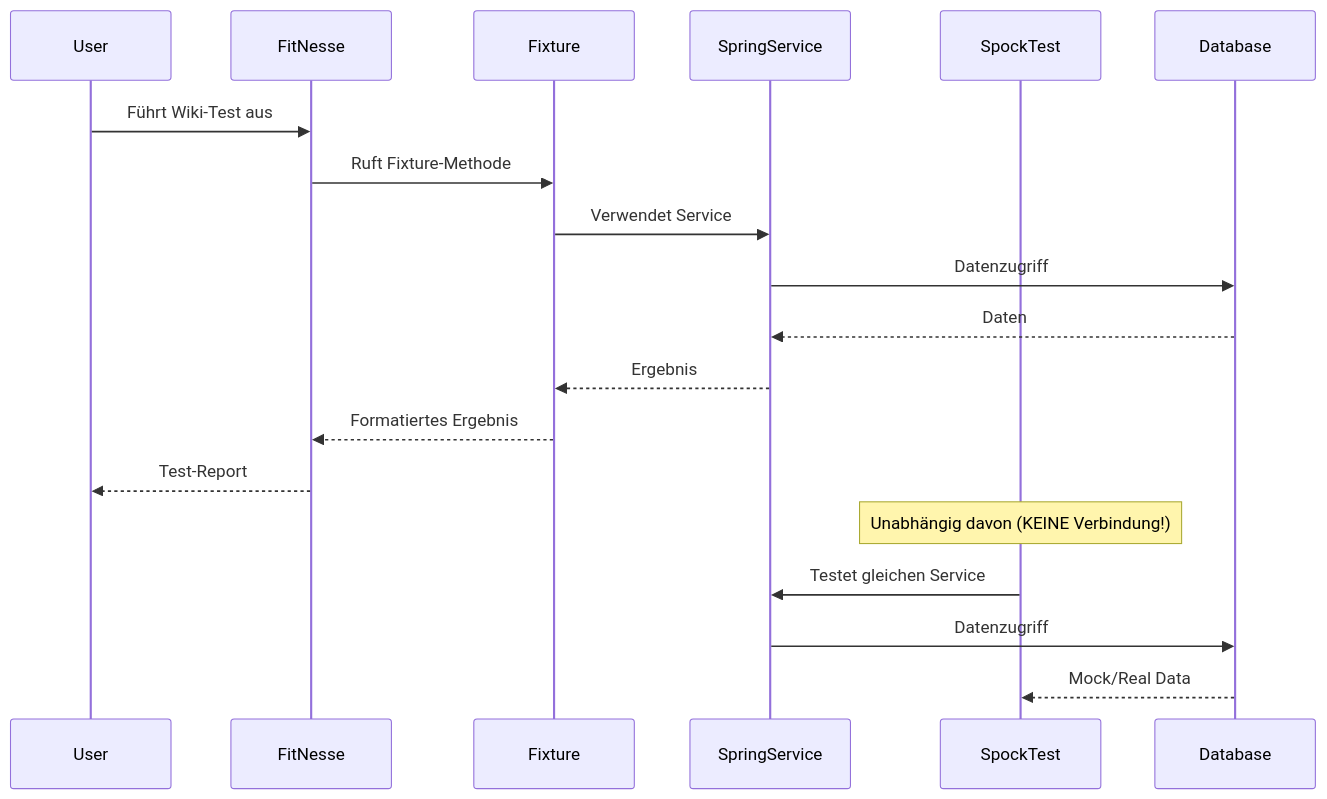
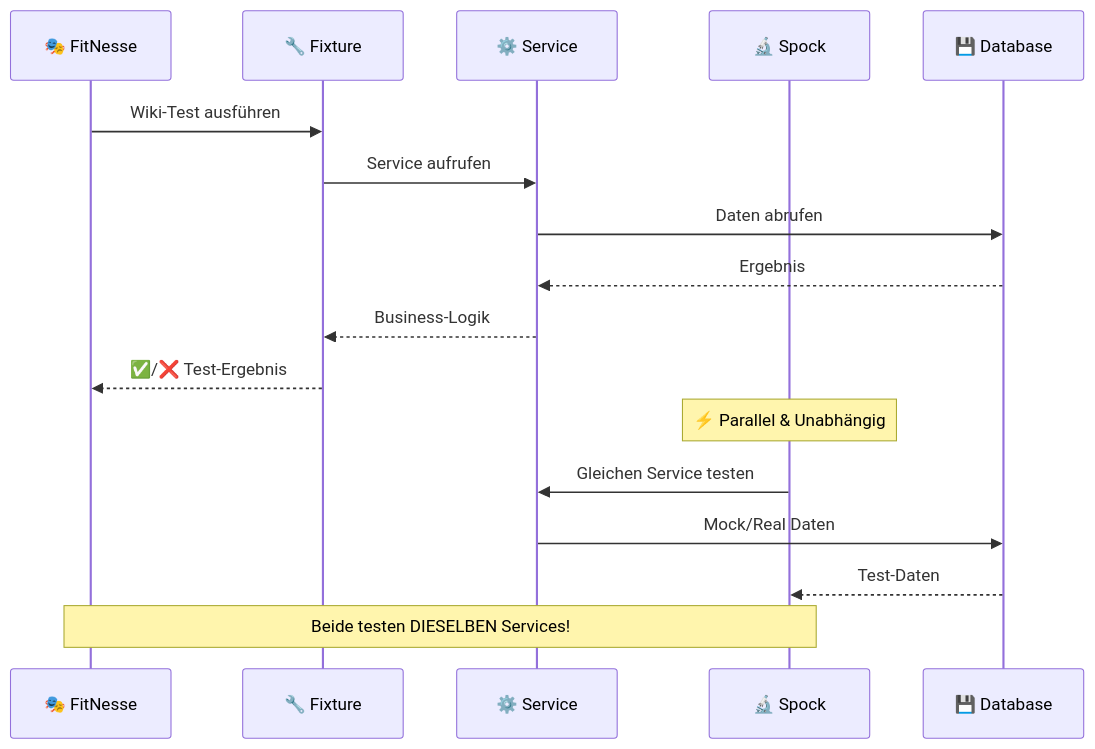
Before and after one commit to mboiman/fitnesse-spock-tutorial: the fourth of 8 diagrams in docs/architecture.md, drawn with Mermaid. The commit also changed other lines of this file and 4 other files, not shown here.

````diff
--- a/docs/architecture.md
+++ b/docs/architecture.md
@@ -57,23 +177,22 @@
 ```mermaid
 sequenceDiagram
-    participant User
-    participant FitNesse
-    participant Fixture
-    participant SpringService
-    participant SpockTest
-    participant Database
+    participant FT as 🎭 FitNesse
+    participant FX as 🔧 Fixture  
+    participant SVC as ⚙️ Service
+    participant ST as 🔬 Spock
+    participant DB as 💾 Database
     
-    User->>FitNesse: Führt Wiki-Test aus
-    FitNesse->>Fixture: Ruft Fixture-Methode
-    Fixture->>SpringService: Verwendet Service
-    SpringService->>Database: Datenzugriff
-    Database-->>SpringService: Daten
-    SpringService-->>Fixture: Ergebnis
-    Fixture-->>FitNesse: Formatiertes Ergebnis
-    FitNesse-->>User: Test-Report
+    FT->>FX: Wiki-Test ausführen
+    FX->>SVC: Service aufrufen
+    SVC->>DB: Daten abrufen
+    DB-->>SVC: Ergebnis
+    SVC-->>FX: Business-Logik
+    FX-->>FT: ✅/❌ Test-Ergebnis
     
-    Note over SpockTest: Unabhängig davon (KEINE Verbindung!)
-    SpockTest->>SpringService: Testet gleichen Service
-    SpringService->>Database: Datenzugriff
-    Database-->>SpockTest: Mock/Real Data
+    Note over ST: ⚡ Parallel & Unabhängig
+    ST->>SVC: Gleichen Service testen
+    SVC->>DB: Mock/Real Daten
+    DB-->>ST: Test-Daten
+    
+    Note over FT,ST: Beide testen DIESELBEN Services!
 ```
````
